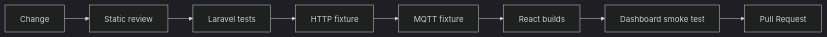
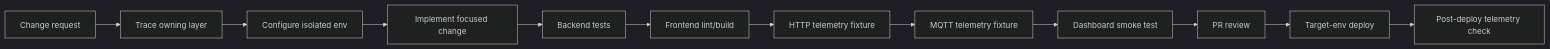
The fourth of 5 diagrams in docs/development-pipeline.md (HidayahMF/kiansantangbrokermqtt), drawn with Mermaid (dark theme) before and after one commit. The commit also changed other lines of this file, not shown here.

````diff
--- a/docs/development-pipeline.md
+++ b/docs/development-pipeline.md
@@ -97,10 +93,14 @@
 ```mermaid
 flowchart LR
-    CHANGE[Change] --> STATIC[Static review]
-    STATIC --> TEST[Laravel tests]
-    TEST --> SENSOR[HTTP fixture]
-    SENSOR --> MQTT[MQTT fixture]
-    MQTT --> BUILD[React builds]
-    BUILD --> SMOKE[Dashboard smoke test]
-    SMOKE --> PR[Pull Request]
+    A[Change request] --> B[Trace owning layer]
+    B --> C[Configure isolated env]
+    C --> D[Implement focused change]
+    D --> E[Backend tests]
+    E --> F[Frontend lint/build]
+    F --> G[HTTP telemetry fixture]
+    G --> H[MQTT telemetry fixture]
+    H --> I[Dashboard smoke test]
+    I --> J[PR review]
+    J --> K[Target-env deploy]
+    K --> L[Post-deploy telemetry check]
 ```
````
